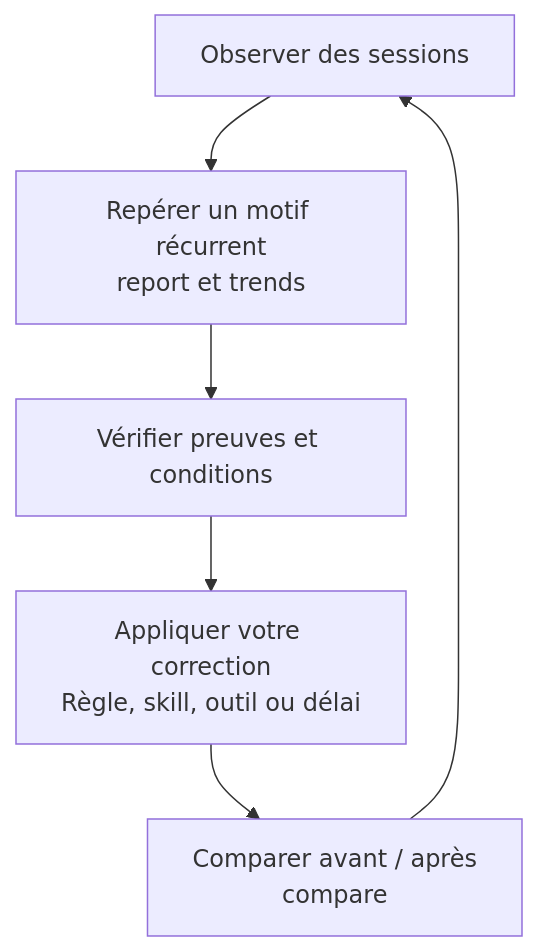
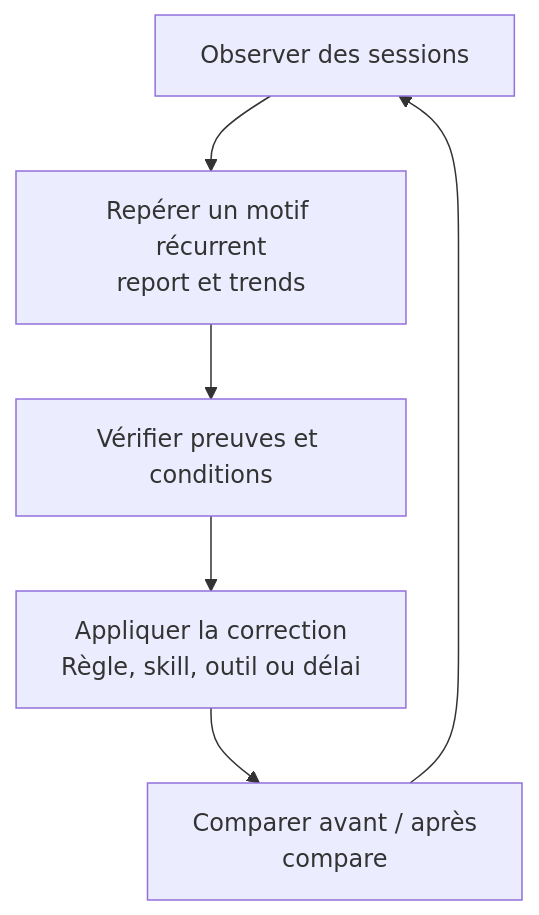
One commit to Gotman08/agentwatch changed the fourth of 4 diagrams in README.md. Above: the diagram before and after it, drawn with Mermaid. The commit also changed other lines of this file, not shown here.

````diff
--- a/README.md
+++ b/README.md
@@ -280,11 +265,11 @@
 ```mermaid
 flowchart TB
     accTitle: Vérifier l'effet d'une correction
     accDescr: L'utilisateur examine les preuves d'un motif récurrent, valide une correction, l'applique lui-même et compare des sessions comparables. Une proposition seule ne constitue pas un gain mesuré.
 
     observer["Observer des sessions"] --> prioriser["Repérer un motif récurrent<br/>report et trends"]
     prioriser --> verifier["Vérifier preuves et conditions"]
-    verifier --> corriger["Appliquer votre correction<br/>Règle, skill, outil ou délai"]
+    verifier --> corriger["Appliquer la correction<br/>Règle, skill, outil ou délai"]
     corriger --> comparer["Comparer avant / après<br/>compare"]
     comparer --> observer
 ```
````
